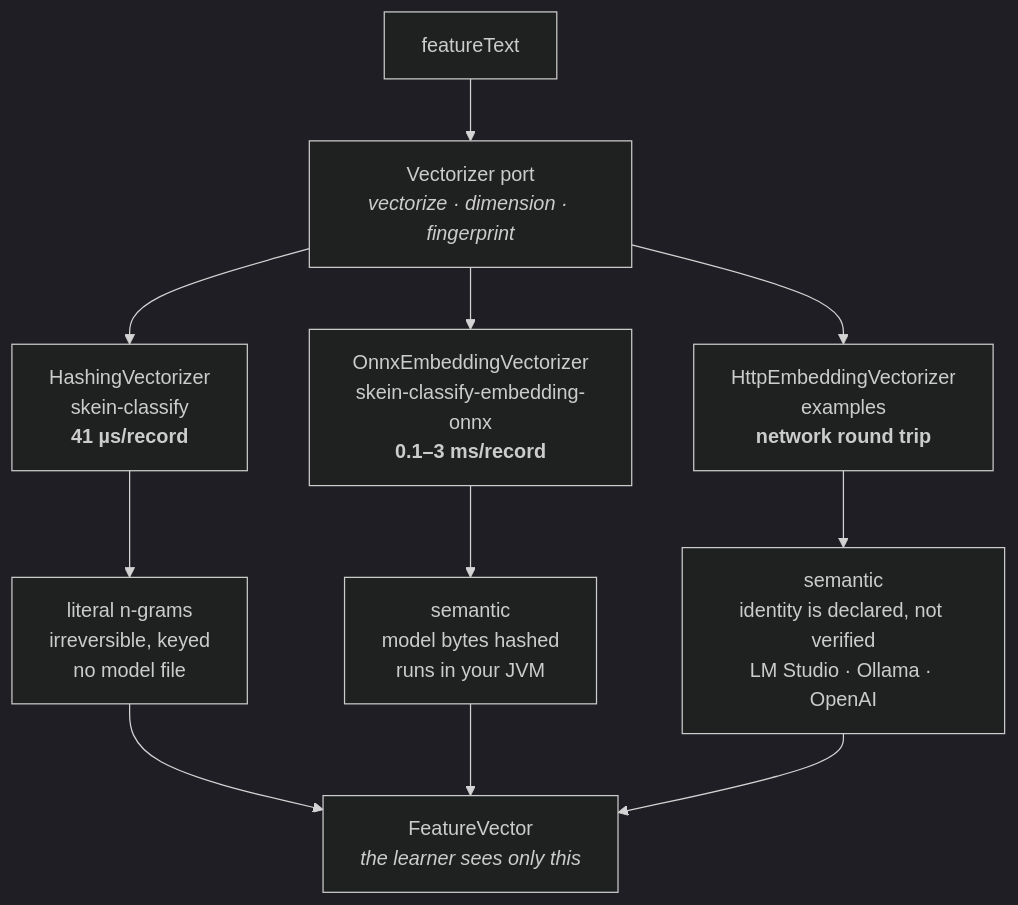
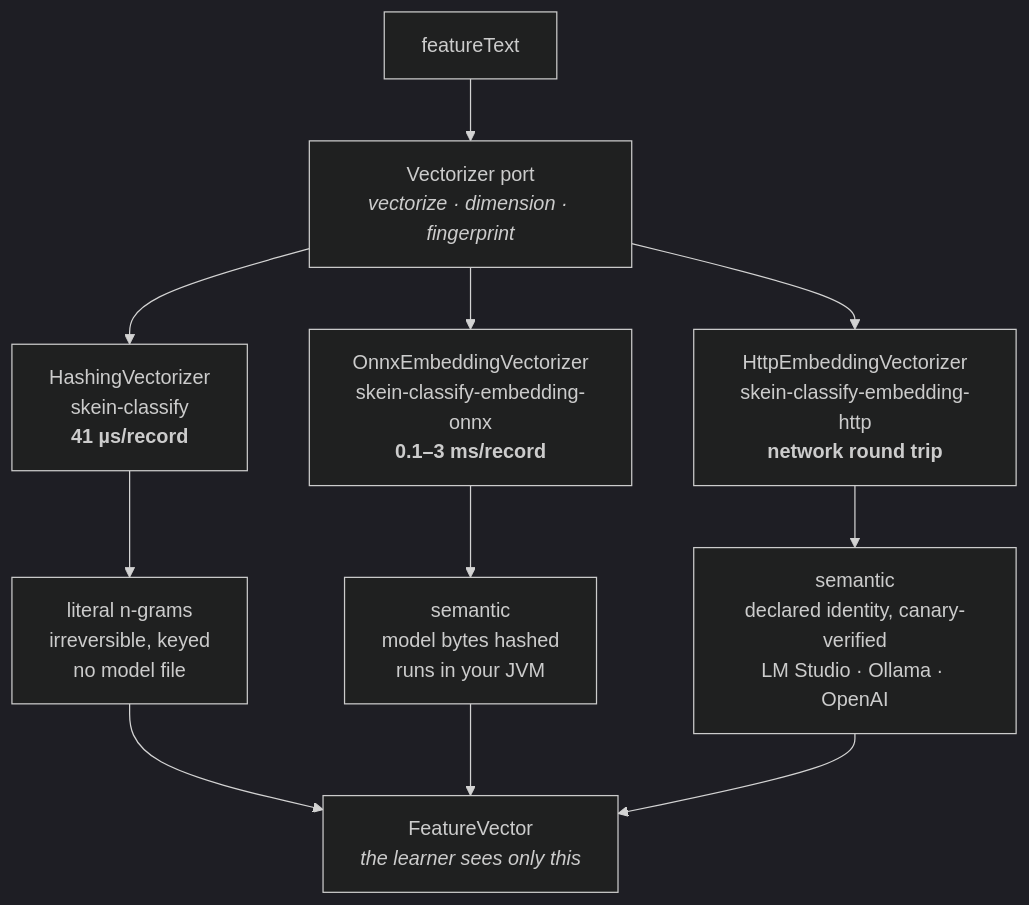
Before and after one commit to Ragin-LundF/smart-skein: the first of 2 diagrams in docs/embeddings/README.md, drawn with Mermaid (dark theme). The commit also changed other lines of this file and 95 other files, not shown here.

````diff
--- a/docs/embeddings/README.md
+++ b/docs/embeddings/README.md
@@ -72,20 +72,20 @@
 ```mermaid
 graph TD
     text["featureText"]
     port["Vectorizer port<br/><i>vectorize · dimension · fingerprint</i>"]
 
     hash["HashingVectorizer<br/>skein-classify<br/><b>41 µs/record</b>"]
     onnx["OnnxEmbeddingVectorizer<br/>skein-classify-embedding-onnx<br/><b>0.1–3 ms/record</b>"]
-    http["HttpEmbeddingVectorizer<br/>examples<br/><b>network round trip</b>"]
+    http["HttpEmbeddingVectorizer<br/>skein-classify-embedding-http<br/><b>network round trip</b>"]
 
     hashNote["literal n-grams<br/>irreversible, keyed<br/>no model file"]
     onnxNote["semantic<br/>model bytes hashed<br/>runs in your JVM"]
-    httpNote["semantic<br/>identity is declared, not verified<br/>LM Studio · Ollama · OpenAI"]
+    httpNote["semantic<br/>declared identity, canary-verified<br/>LM Studio · Ollama · OpenAI"]
 
     fv["FeatureVector<br/><i>the learner sees only this</i>"]
 
     text --> port
     port --> hash --> hashNote --> fv
     port --> onnx --> onnxNote --> fv
     port --> http --> httpNote --> fv
 ```
````
